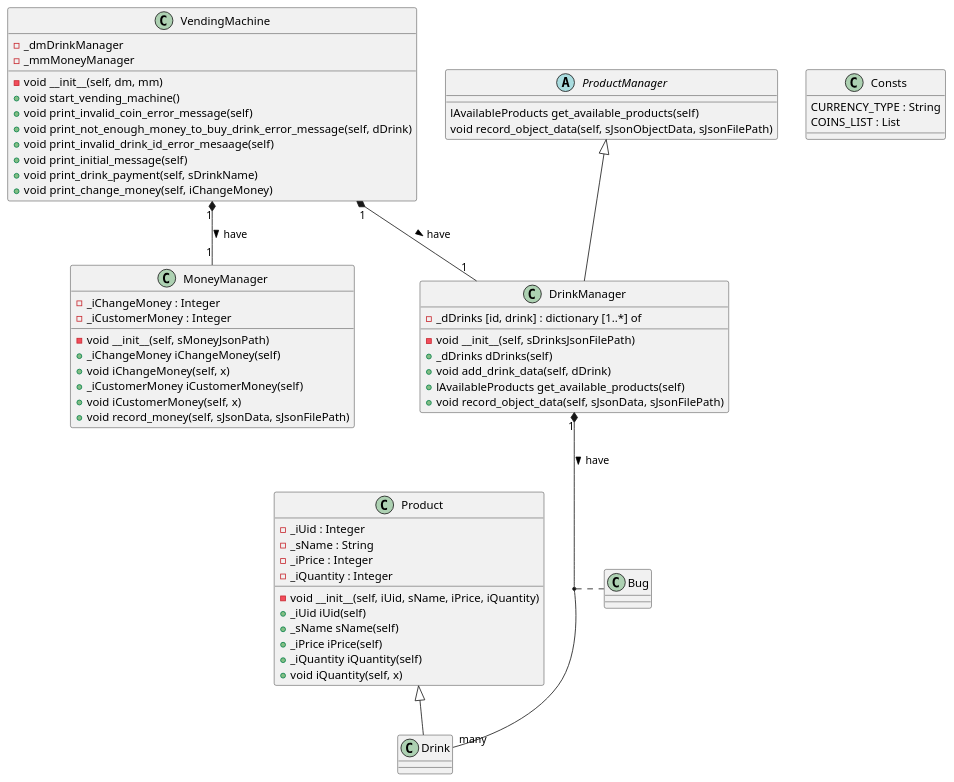
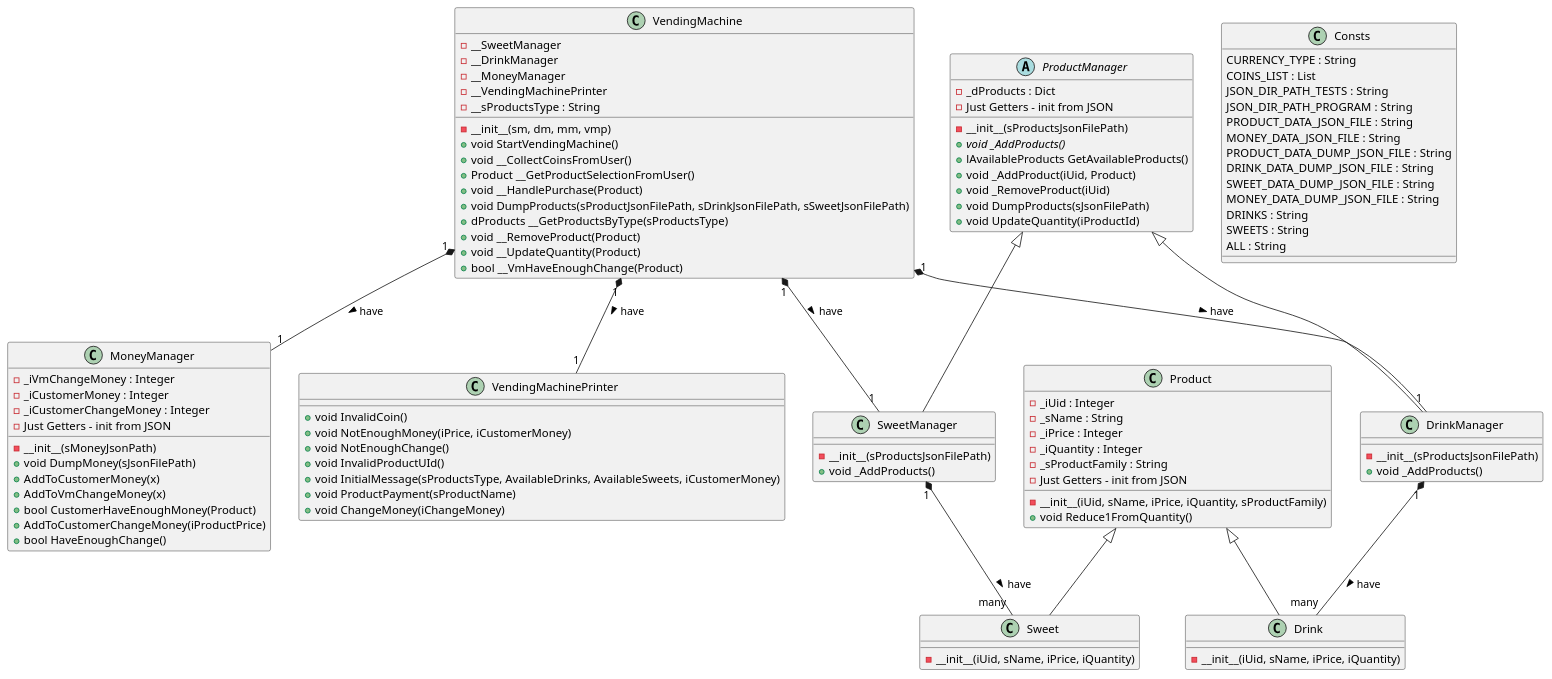
The diagram in aviela_home_assignment/uml/design.puml (avielas/VendingMachine), drawn with PlantUML before and after one commit. The commit also changed 6 other files, not shown here.

Commit message:
update UML design. also few minor fixes of variable's names

```diff
--- a/aviela_home_assignment/uml/design.puml
+++ b/aviela_home_assignment/uml/design.puml
@@ -1,69 +1,114 @@
 @startuml class diagram
 'https://plantuml.com/class-diagram
 
 class VendingMachine{
-    -_dmDrinkManager
-    -_mmMoneyManager
-    -void __init__(self, dm, mm)
-    +void start_vending_machine()
-    +void print_invalid_coin_error_message(self)
-    +void print_not_enough_money_to_buy_drink_error_message(self, dDrink)
-    +void print_invalid_drink_id_error_mesaage(self)
-    +void print_initial_message(self)
-    +void print_drink_payment(self, sDrinkName)
-    +void print_change_money(self, iChangeMoney)
+    -__SweetManager
+    -__DrinkManager
+    -__MoneyManager
+    -__VendingMachinePrinter
+    -__sProductsType : String
+    -__init__(sm, dm, mm, vmp)
+    +void StartVendingMachine()
+    +void __CollectCoinsFromUser()
+    +Product __GetProductSelectionFromUser()
+    +void __HandlePurchase(Product)
+    +void DumpProducts(sProductJsonFilePath, sDrinkJsonFilePath, sSweetJsonFilePath)
+    +dProducts __GetProductsByType(sProductsType)
+    +void __RemoveProduct(Product)
+    +void __UpdateQuantity(Product)
+    +bool __VmHaveEnoughChange(Product)
+}
+
+class VendingMachinePrinter{
+    +void InvalidCoin()
+    +void NotEnoughMoney(iPrice, iCustomerMoney)
+    +void NotEnoughChange()
+    +void InvalidProductUId()
+    +void InitialMessage(sProductsType, AvailableDrinks, AvailableSweets, iCustomerMoney)
+    +void ProductPayment(sProductName)
+    +void ChangeMoney(iChangeMoney)
 }
 
 class MoneyManager{
-    -_iChangeMoney : Integer
+    -_iVmChangeMoney : Integer
     -_iCustomerMoney : Integer
-    - void __init__(self, sMoneyJsonPath)
-    +_iChangeMoney iChangeMoney(self)
-    +void iChangeMoney(self, x)
-    +_iCustomerMoney iCustomerMoney(self)
-    +void iCustomerMoney(self, x)
-    +void record_money(self, sJsonData, sJsonFilePath)
+    -_iCustomerChangeMoney : Integer
+    -Just Getters - init from JSON
+    -__init__(sMoneyJsonPath)
+    +void DumpMoney(sJsonFilePath)
+    +AddToCustomerMoney(x)
+    +AddToVmChangeMoney(x)
+    +bool CustomerHaveEnoughMoney(Product)
+    +AddToCustomerChangeMoney(iProductPrice)
+    +bool HaveEnoughChange()
 }
 
 class DrinkManager{
-    -_dDrinks [id, drink] : dictionary [1..*] of
-    -void __init__(self, sDrinksJsonFilePath)
-    +_dDrinks dDrinks(self)
-    +void add_drink_data(self, dDrink)
-    +lAvailableProducts get_available_products(self)
-    +void record_object_data(self, sJsonData, sJsonFilePath)
+    -__init__(sProductsJsonFilePath)
+    +void _AddProducts()
+}
+
+class SweetManager{
+    -__init__(sProductsJsonFilePath)
+    +void _AddProducts()
 }
 
 class Product{
     -_iUid : Integer
     -_sName : String
     -_iPrice : Integer
     -_iQuantity : Integer
-    -void __init__(self, iUid, sName, iPrice, iQuantity)
-    +_iUid iUid(self)
-    +_sName sName(self)
-    +_iPrice iPrice(self)
-    +_iQuantity iQuantity(self)
-    +void iQuantity(self, x)
+    -_sProductFamily : String
+    -__init__(iUid, sName, iPrice, iQuantity, sProductFamily)
+    -Just Getters - init from JSON
+    +void Reduce1FromQuantity()
 }
 
-class Drink{}
+class Drink{
+    -__init__(iUid, sName, iPrice, iQuantity)
+}
+
+class Sweet{
+    -__init__(iUid, sName, iPrice, iQuantity)
+}
 
 class Consts{
     CURRENCY_TYPE : String
     COINS_LIST : List
+    JSON_DIR_PATH_TESTS : String
+    JSON_DIR_PATH_PROGRAM : String
+    PRODUCT_DATA_JSON_FILE : String
+    MONEY_DATA_JSON_FILE : String
+    PRODUCT_DATA_DUMP_JSON_FILE : String
+    DRINK_DATA_DUMP_JSON_FILE : String
+    SWEET_DATA_DUMP_JSON_FILE : String
+    MONEY_DATA_DUMP_JSON_FILE : String
+    DRINKS : String
+    SWEETS : String
+    ALL : String
 }
 
 abstract class ProductManager{
-    lAvailableProducts get_available_products(self)
-    void record_object_data(self, sJsonObjectData, sJsonFilePath)
+    - _dProducts : Dict
+    -__init__(sProductsJsonFilePath)
+    -Just Getters - init from JSON
+    +void {abstract} _AddProducts()
+    +lAvailableProducts GetAvailableProducts()
+    +void _AddProduct(iUid, Product)
+    +void _RemoveProduct(iUid)
+    +void DumpProducts(sJsonFilePath)
+    +void UpdateQuantity(iProductId)
 }
 
 ProductManager <|-- DrinkManager
+ProductManager <|-- SweetManager
 Product <|-- Drink
+Product <|-- Sweet
 VendingMachine "1" *-- "1" DrinkManager : have >
+VendingMachine "1" *-- "1" SweetManager : have >
 VendingMachine "1" *-- "1" MoneyManager : have >
+VendingMachine "1" *-- "1" VendingMachinePrinter : have >
 DrinkManager "1" *-- "many" Drink :have >
-(Drink, DrinkManager) . Bug
+SweetManager "1" *-- "many" Sweet :have >
 
 @enduml
```
